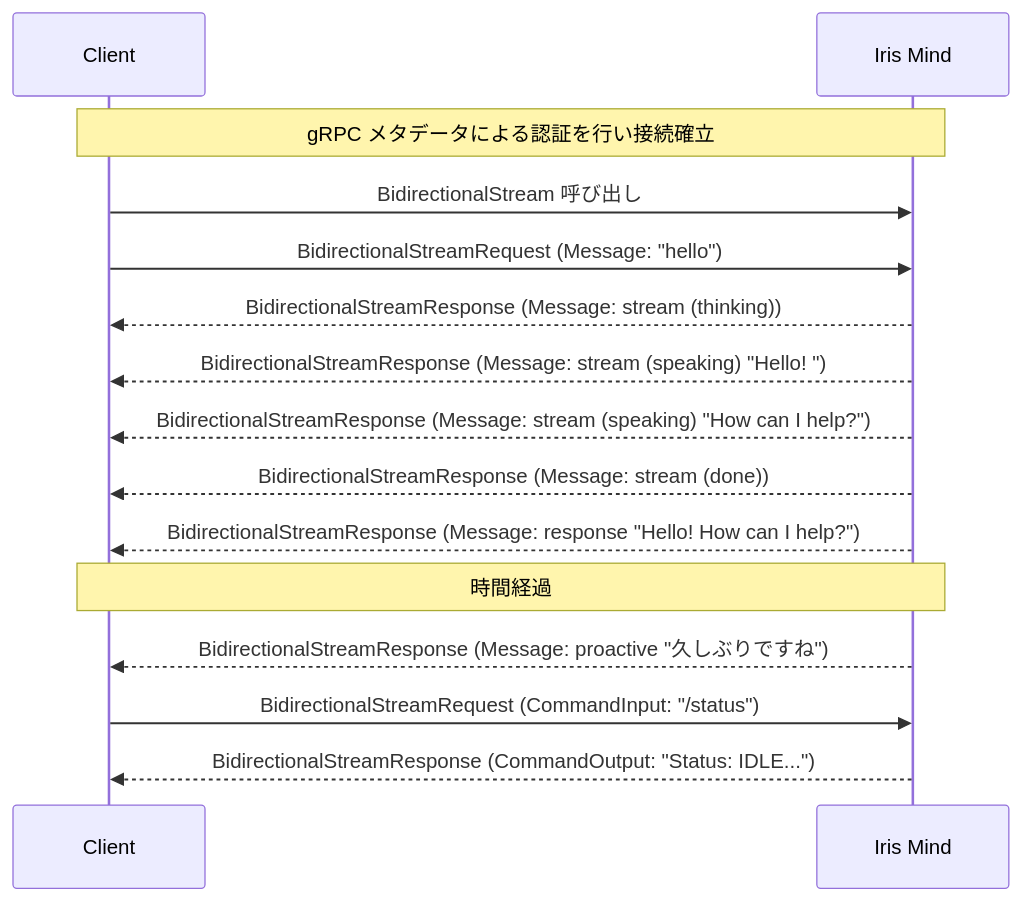
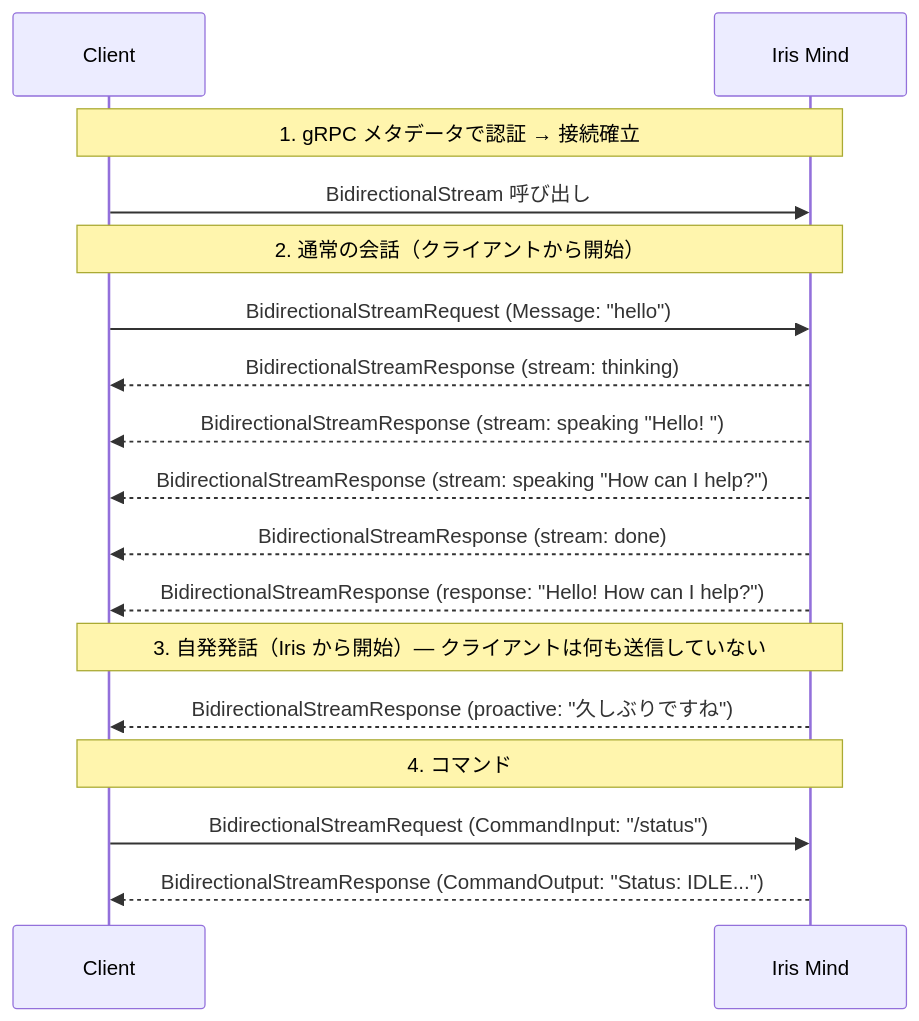
Before and after one commit to ibukani/iris-mind: the first of 3 diagrams in docs/client-guide.md, drawn with Mermaid. The commit also changed other lines of this file and 33 other files, not shown here.

````diff
--- a/docs/client-guide.md
+++ b/docs/client-guide.md
@@ -13,22 +26,23 @@
 ```mermaid
 sequenceDiagram
     participant C as Client
     participant K as Iris Mind
 
-    Note over C,K: gRPC メタデータによる認証を行い接続確立
+    Note over C,K: 1. gRPC メタデータで認証 → 接続確立
     C->>K: BidirectionalStream 呼び出し
 
+    Note over C,K: 2. 通常の会話（クライアントから開始）
     C->>K: BidirectionalStreamRequest (Message: "hello")
-    K-->>C: BidirectionalStreamResponse (Message: stream (thinking))
-    K-->>C: BidirectionalStreamResponse (Message: stream (speaking) "Hello! ")
-    K-->>C: BidirectionalStreamResponse (Message: stream (speaking) "How can I help?")
-    K-->>C: BidirectionalStreamResponse (Message: stream (done))
-    K-->>C: BidirectionalStreamResponse (Message: response "Hello! How can I help?")
+    K-->>C: BidirectionalStreamResponse (stream: thinking)
+    K-->>C: BidirectionalStreamResponse (stream: speaking "Hello! ")
+    K-->>C: BidirectionalStreamResponse (stream: speaking "How can I help?")
+    K-->>C: BidirectionalStreamResponse (stream: done)
+    K-->>C: BidirectionalStreamResponse (response: "Hello! How can I help?")
 
-    Note over C,K: 時間経過
+    Note over C,K: 3. 自発発話（Iris から開始）— クライアントは何も送信していない
+    K-->>C: BidirectionalStreamResponse (proactive: "久しぶりですね")
 
-    K-->>C: BidirectionalStreamResponse (Message: proactive "久しぶりですね")
-
+    Note over C,K: 4. コマンド
     C->>K: BidirectionalStreamRequest (CommandInput: "/status")
     K-->>C: BidirectionalStreamResponse (CommandOutput: "Status: IDLE...")
 ```
````
